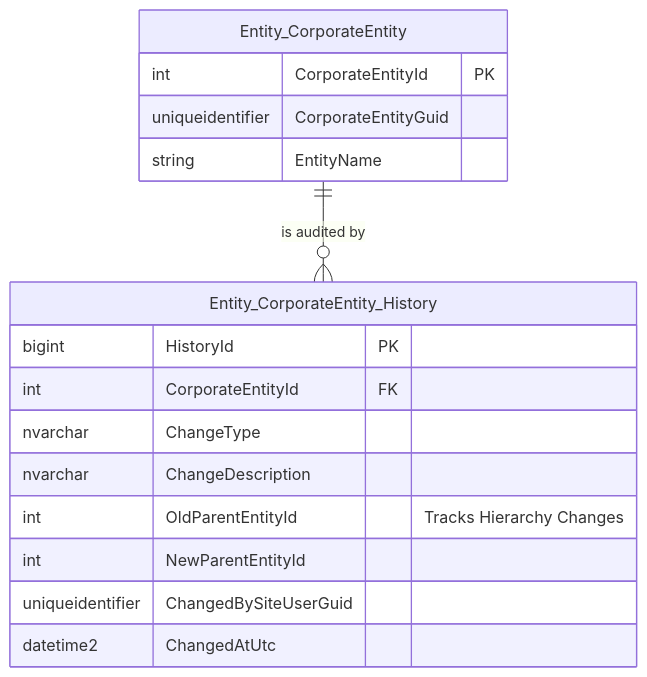
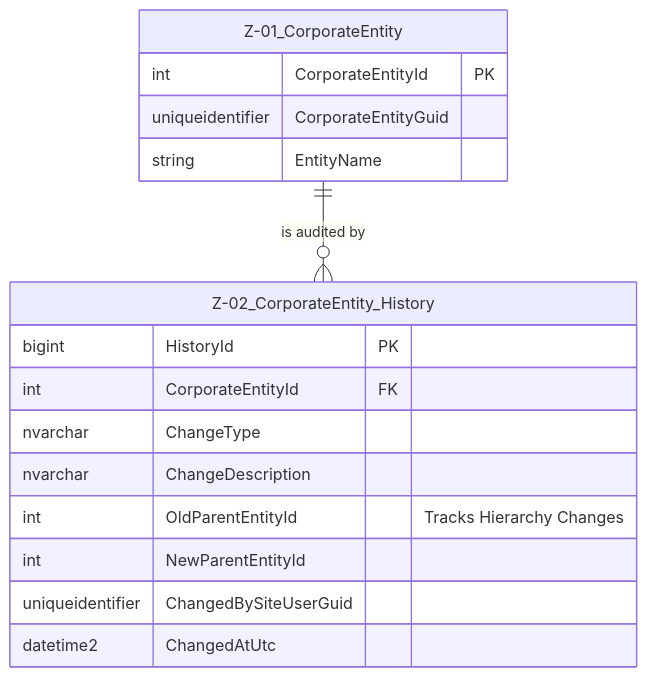
The diagram in 003 DETAILED SPECIFICATIONS IS09001/Z- Data Entites/Z-02 CorporateEntity_History.md (NeilWP/SUSTINA_CAB), drawn with Mermaid before and after one commit. The commit also changed 4 other files, not shown here.

````diff
--- a/003 DETAILED SPECIFICATIONS IS09001/Z- Data Entites/Z-02 CorporateEntity_History.md
+++ b/003 DETAILED SPECIFICATIONS IS09001/Z- Data Entites/Z-02 CorporateEntity_History.md
@@ -9,28 +9,28 @@
 ```mermaid
 erDiagram
     %% =======================================================
     %% 1. THE MAIN ENTITY (The Object Being Audited)
     %% =======================================================
-    Entity_CorporateEntity {
+    Z-01_CorporateEntity {
         int CorporateEntityId PK
         uniqueidentifier CorporateEntityGuid
         string EntityName
     }
 
     %% =======================================================
     %% 2. THE HISTORY LOG (The Audit Trail)
     %% =======================================================
-    Entity_CorporateEntity_History {
+    Z-02_CorporateEntity_History {
         bigint HistoryId PK
         int CorporateEntityId FK
         nvarchar ChangeType
         nvarchar ChangeDescription
         int OldParentEntityId "Tracks Hierarchy Changes"
         int NewParentEntityId
         uniqueidentifier ChangedBySiteUserGuid
         datetime2 ChangedAtUtc
     }
 
     %% RELATIONSHIP: One Entity has many History Records (Logical Link)
-    Entity_CorporateEntity ||--o{ Entity_CorporateEntity_History : "is audited by"
+    Z-01_CorporateEntity ||--o{ Z-02_CorporateEntity_History : "is audited by"
 ```
````
